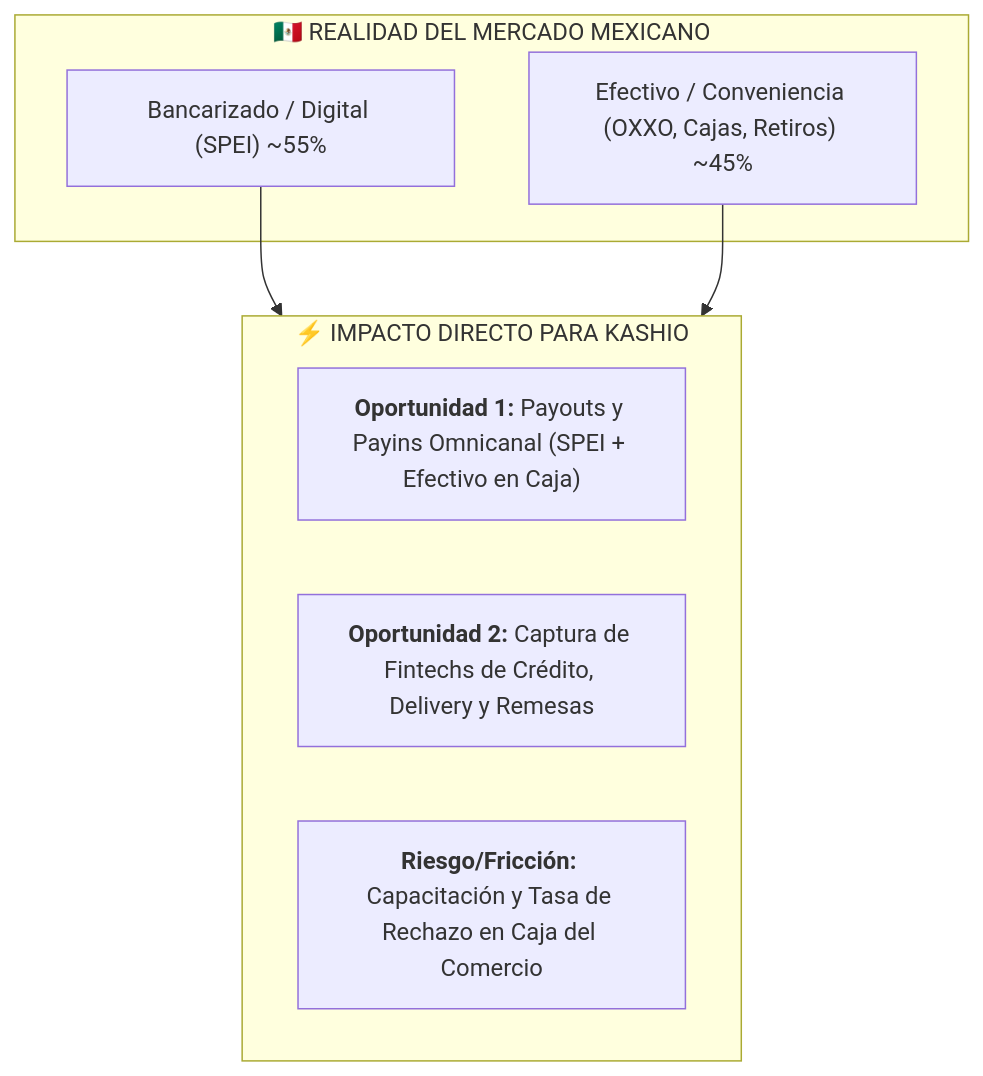
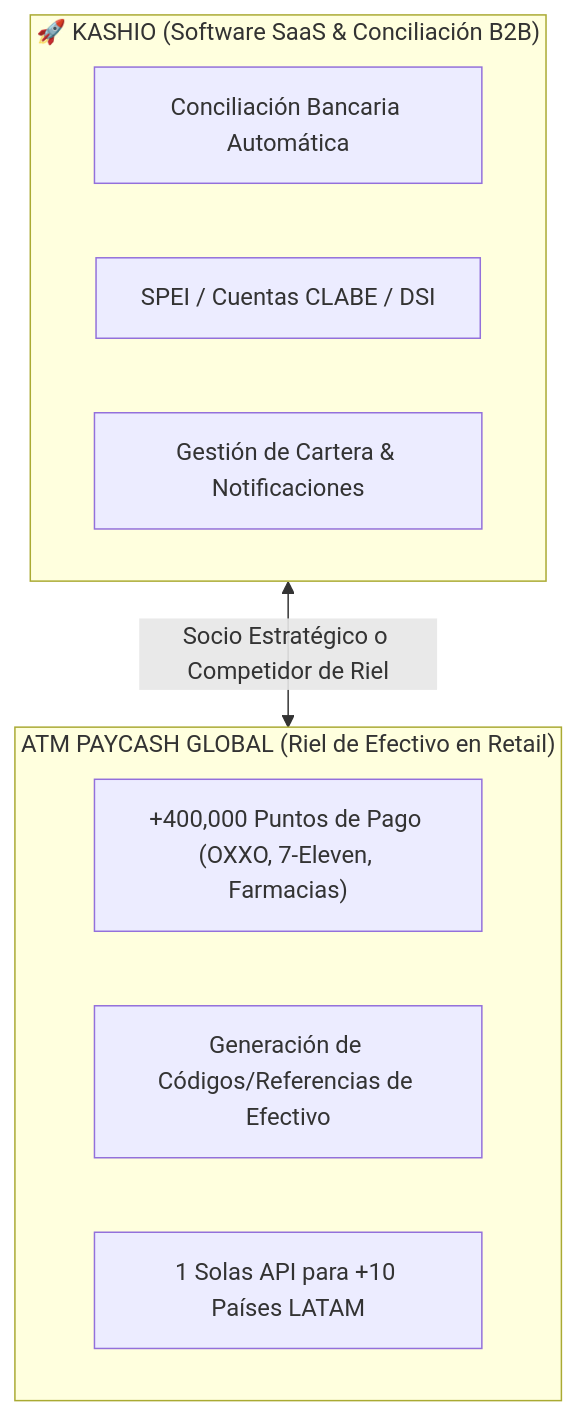
One commit to agutierrez11/mis-agentes-y-skills changed the first of 2 diagrams in RIESGOS_FRICCIONES_COMPETENCIA_KASHIO_MEXICO.md. Above: the diagram before and after it, drawn with Mermaid. The commit also changed other lines of this file, not shown here.

Commit message:
docs: add PayCash Global competitive intel to Kashio Mexico playbook

````diff
--- a/RIESGOS_FRICCIONES_COMPETENCIA_KASHIO_MEXICO.md
+++ b/RIESGOS_FRICCIONES_COMPETENCIA_KASHIO_MEXICO.md
@@ -11,15 +11,16 @@
 ```mermaid
 graph TD
-    subgraph MERCADO_MX ["🇲🇽 REALIDAD DEL MERCADO MEXICANO"]
-        M1["Bancarizado / Digital (SPEI) ~55%"]
-        M2["Efectivo / Conveniencia (OXXO, Cajas, Retiros) ~45%"]
+    subgraph KASHIO ["🚀 KASHIO (Software SaaS & Conciliación B2B)"]
+        K1["Conciliación Bancaria Automática"]
+        K2["SPEI / Cuentas CLABE / DSI"]
+        K3["Gestión de Cartera & Notificaciones"]
     end
 
-    subgraph IMPACTO_KASHIO ["⚡ IMPACTO DIRECTO PARA KASHIO"]
-        K1["<b>Oportunidad 1:</b> Payouts y Payins Omnicanal (SPEI + Efectivo en Caja)"]
-        K2["<b>Oportunidad 2:</b> Captura de Fintechs de Crédito, Delivery y Remesas"]
-        K3["<b>Riesgo/Fricción:</b> Capacitación y Tasa de Rechazo en Caja del Comercio"]
+    subgraph PAYCASH ["ATM PAYCASH GLOBAL (Riel de Efectivo en Retail)"]
+        P1["+400,000 Puntos de Pago (OXXO, 7-Eleven, Farmacias)"]
+        P2["Generación de Códigos/Referencias de Efectivo"]
+        P3["1 Solas API para +10 Países LATAM"]
     end
 
-    M1 & M2 --> IMPACTO_KASHIO
+    KASHIO <-->|"Socio Estratégico o Competidor de Riel"| PAYCASH
 ```
````
